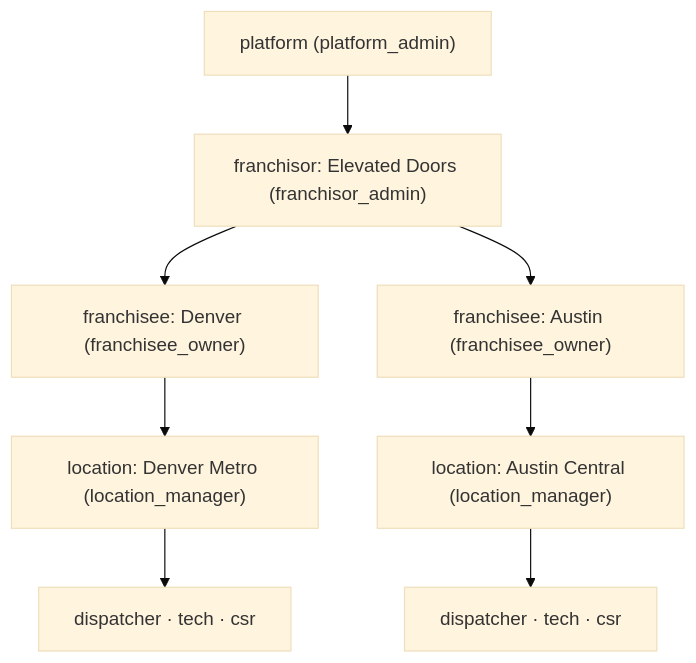
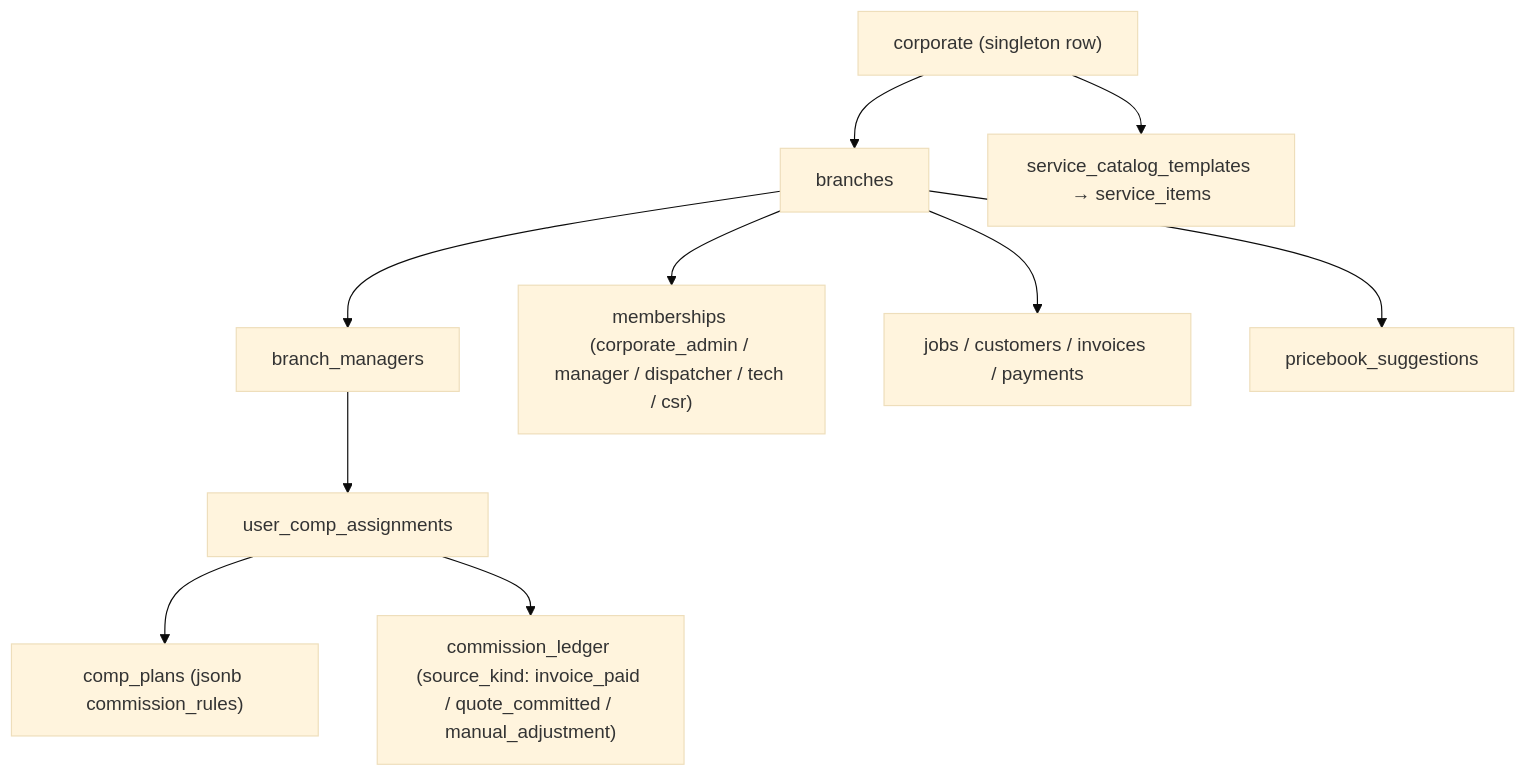
Before and after one commit to JoeyHein/Service.AI: the first of 3 diagrams in docs/ARCHITECTURE.md, drawn with Mermaid (base theme). The commit also changed other lines of this file and 194 other files, not shown here.

````diff
--- a/docs/ARCHITECTURE.md
+++ b/docs/ARCHITECTURE.md
@@ -163,11 +152,13 @@
 ```mermaid
 flowchart TD
-  P["platform (platform_admin)"]
-  P --> F1["franchisor: Elevated Doors (franchisor_admin)"]
-  F1 --> FE1["franchisee: Denver (franchisee_owner)"]
-  F1 --> FE2["franchisee: Austin (franchisee_owner)"]
-  FE1 --> L1["location: Denver Metro (location_manager)"]
-  FE2 --> L2["location: Austin Central (location_manager)"]
-  L1 --> U1["dispatcher · tech · csr"]
-  L2 --> U2["dispatcher · tech · csr"]
+  C["corporate (singleton row)"]
+  C --> B1["branches"]
+  B1 --> M["branch_managers"]
+  B1 --> U["memberships (corporate_admin / manager / dispatcher / tech / csr)"]
+  M --> UCA["user_comp_assignments"]
+  UCA --> CP["comp_plans (jsonb commission_rules)"]
+  UCA --> CL["commission_ledger (source_kind: invoice_paid / quote_committed / manual_adjustment)"]
+  B1 --> J["jobs / customers / invoices / payments"]
+  B1 --> PS["pricebook_suggestions"]
+  C --> SCT["service_catalog_templates → service_items"]
 ```
````
